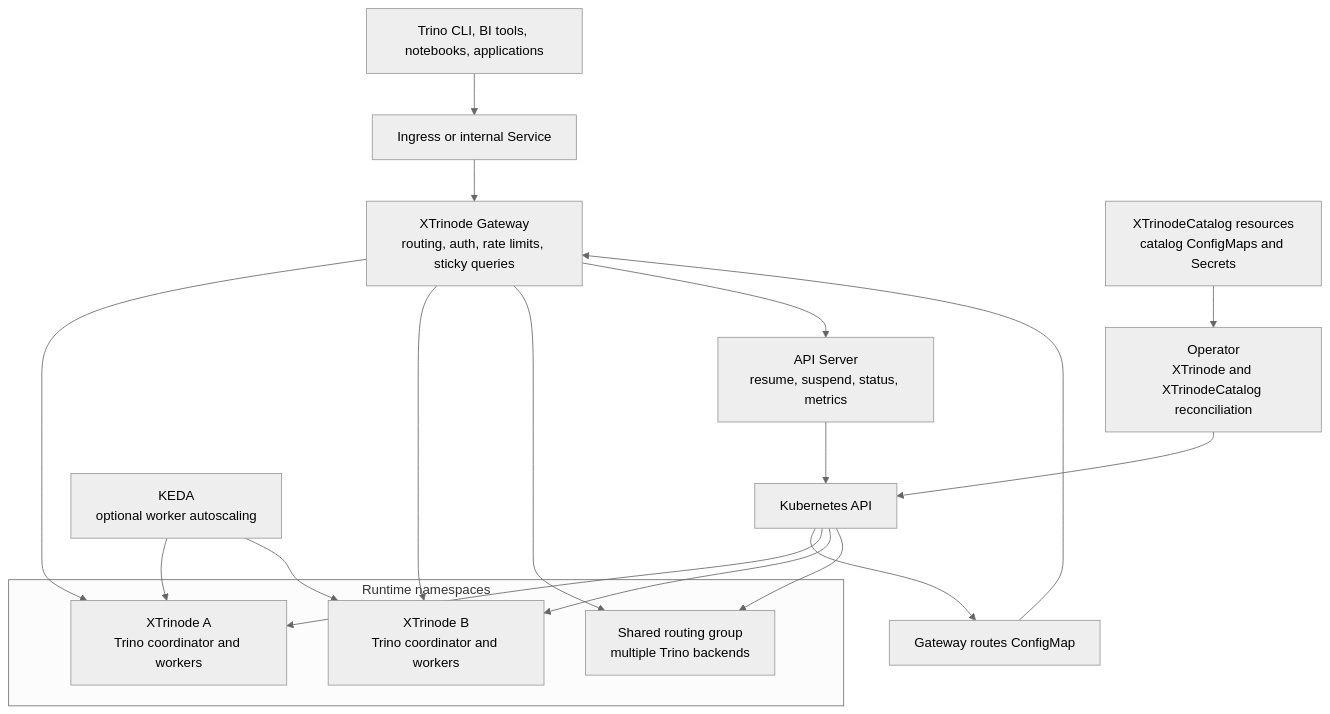
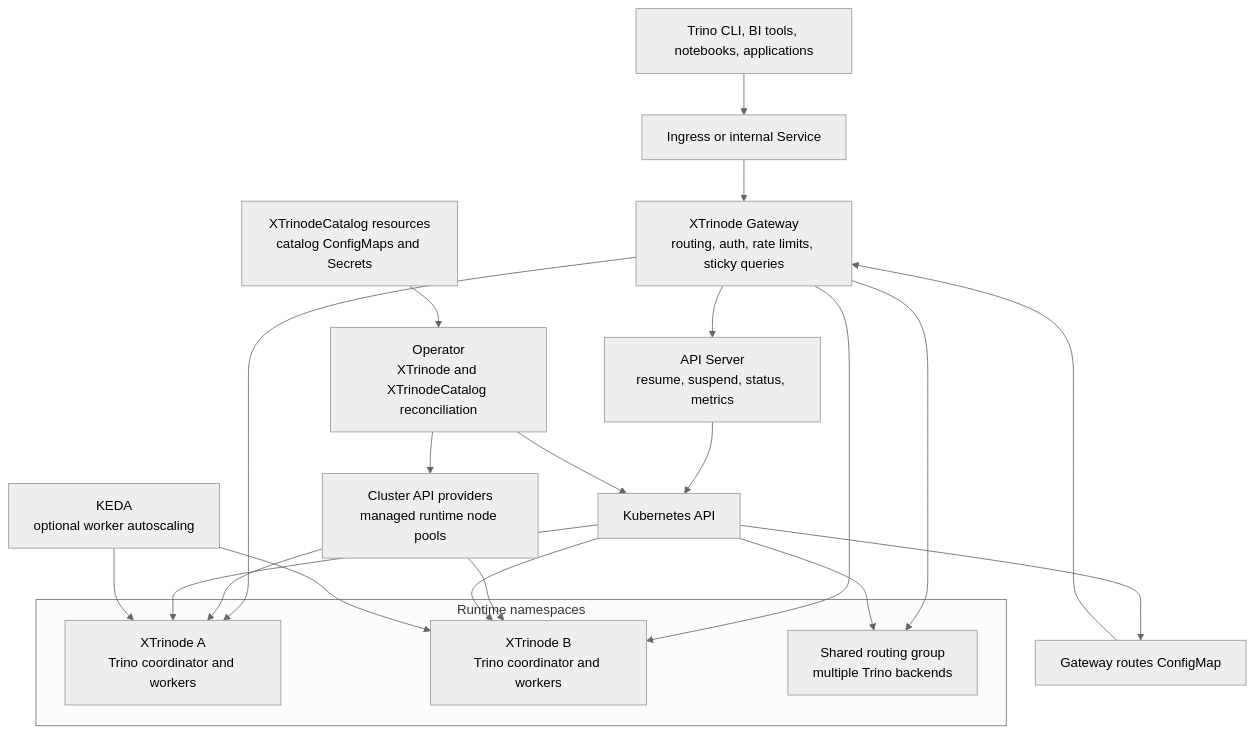
The diagram in README.md (xtrinode/xtrinode), drawn with Mermaid (neutral theme) before and after one commit. The commit also changed other lines of this file and 3 other files, not shown here.

Commit message:
docs: add README architecture media

````diff
--- a/README.md
+++ b/README.md
@@ -76,34 +82,38 @@
 ```mermaid
 flowchart TB
   clients["Trino CLI, BI tools, notebooks, applications"]
   ingress["Ingress or internal Service"]
   gateway["XTrinode Gateway<br/>routing, auth, rate limits, sticky queries"]
   api["API Server<br/>resume, suspend, status, metrics"]
   operator["Operator<br/>XTrinode and XTrinodeCatalog reconciliation"]
   kube["Kubernetes API"]
+  capi["Cluster API providers<br/>managed runtime node pools"]
   routes["Gateway routes ConfigMap"]
   catalogs["XTrinodeCatalog resources<br/>catalog ConfigMaps and Secrets"]
   keda["KEDA<br/>optional worker autoscaling"]
 
   subgraph runtimes["Runtime namespaces"]
     runtimeA["XTrinode A<br/>Trino coordinator and workers"]
     runtimeB["XTrinode B<br/>Trino coordinator and workers"]
     shared["Shared routing group<br/>multiple Trino backends"]
   end
 
   clients --> ingress --> gateway
   gateway --> runtimeA
   gateway --> runtimeB
   gateway --> shared
   gateway --> api
 
   api --> kube
   operator --> kube
+  operator --> capi
   kube --> routes --> gateway
   catalogs --> operator
+  capi --> runtimeA
+  capi --> runtimeB
   kube --> runtimeA
   kube --> runtimeB
   kube --> shared
   keda --> runtimeA
   keda --> runtimeB
 ```
````
